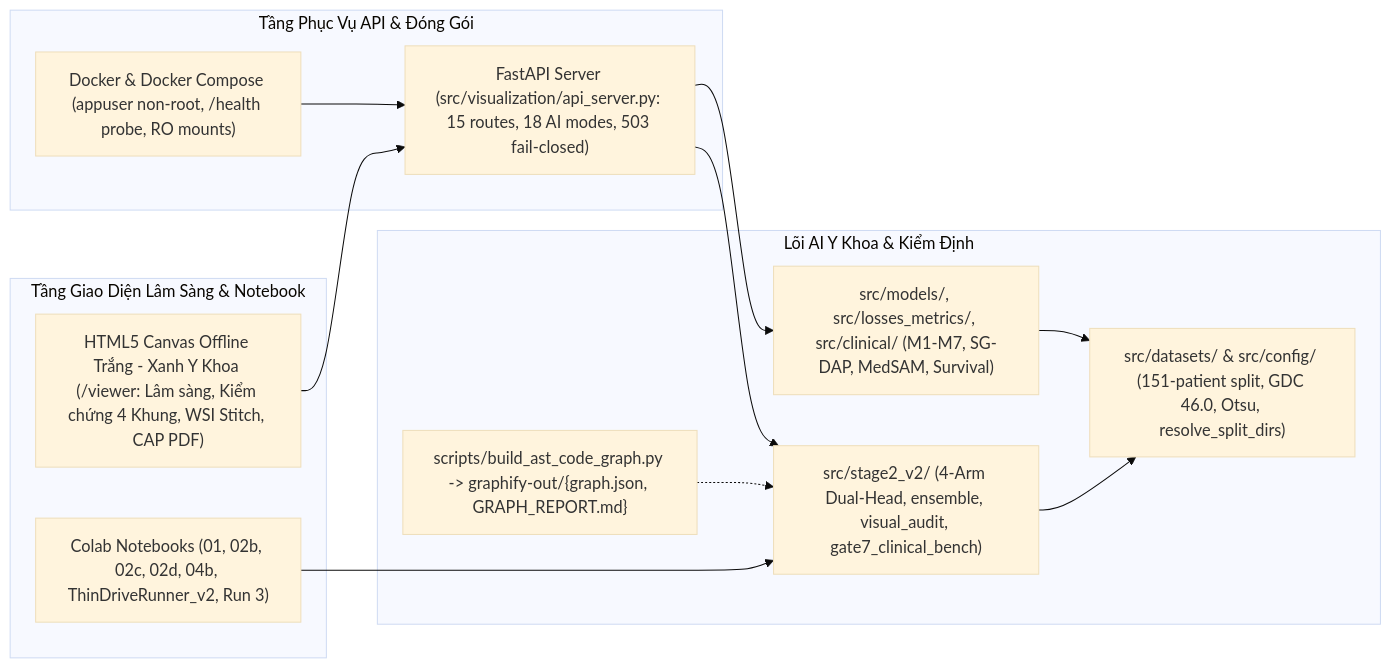
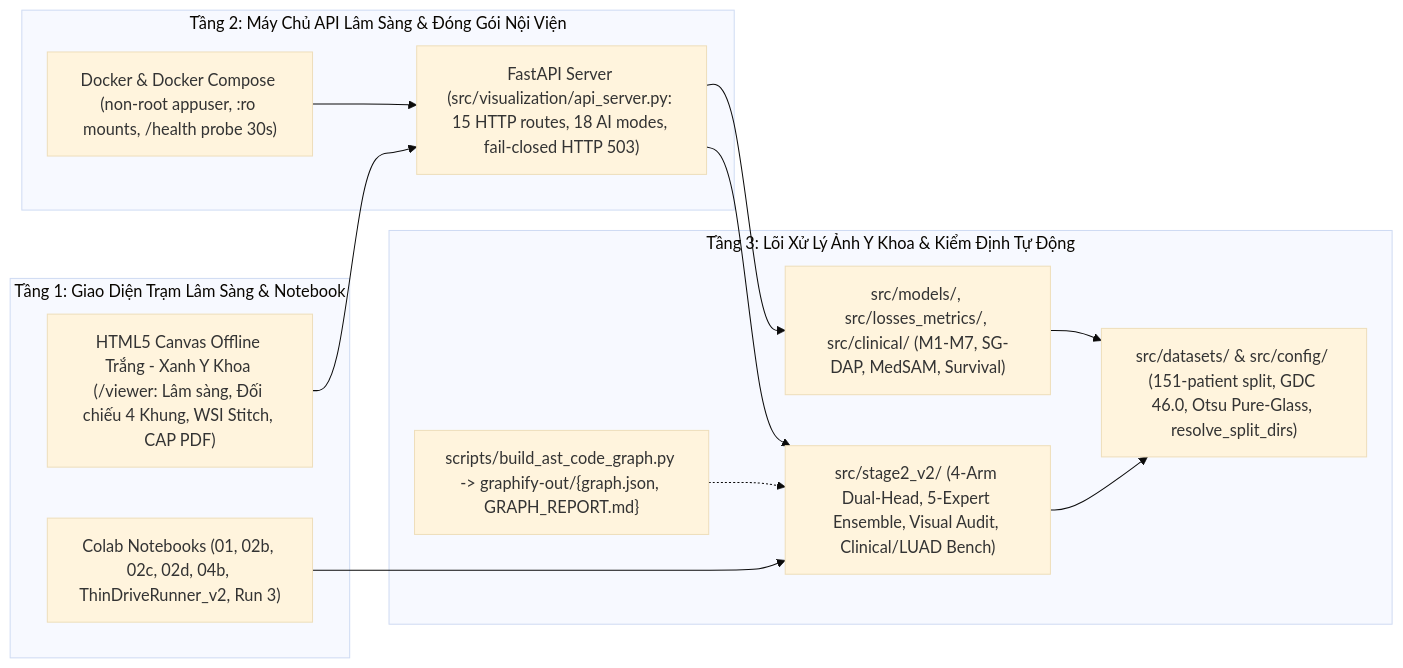
Before and after one commit to khoinguyen59/medical-wsss: the diagram in README.md, drawn with Mermaid (base theme). The commit also changed other lines of this file, not shown here.

Commit message:
docs(readme): lead with daily clinical pathology workflow and offline workstation software architecture

````diff
--- a/README.md
+++ b/README.md
@@ -161,28 +70,28 @@
 ```mermaid
 flowchart LR
-    subgraph Client ["Tầng Giao Diện Lâm Sàng & Notebook"]
-        UI["HTML5 Canvas Offline Trắng - Xanh Y Khoa (/viewer: Lâm sàng, Kiểm chứng 4 Khung, WSI Stitch, CAP PDF)"]
+    subgraph Client ["Tầng 1: Giao Diện Trạm Lâm Sàng & Notebook"]
+        UI["HTML5 Canvas Offline Trắng - Xanh Y Khoa (/viewer: Lâm sàng, Đối chiếu 4 Khung, WSI Stitch, CAP PDF)"]
         NB["Colab Notebooks (01, 02b, 02c, 02d, 04b, ThinDriveRunner_v2, Run 3)"]
     end
 
-    subgraph Serving ["Tầng Phục Vụ API & Đóng Gói"]
-        FAST["FastAPI Server (src/visualization/api_server.py: 15 routes, 18 AI modes, 503 fail-closed)"]
-        DOCK["Docker & Docker Compose (appuser non-root, /health probe, RO mounts)"]
+    subgraph Serving ["Tầng 2: Máy Chủ API Lâm Sàng & Đóng Gói Nội Viện"]
+        FAST["FastAPI Server (src/visualization/api_server.py: 15 HTTP routes, 18 AI modes, fail-closed HTTP 503)"]
+        DOCK["Docker & Docker Compose (non-root appuser, :ro mounts, /health probe 30s)"]
     end
 
-    subgraph Core ["Lõi AI Y Khoa & Kiểm Định"]
-        DATA["src/datasets/ & src/config/ (151-patient split, GDC 46.0, Otsu, resolve_split_dirs)"]
-        G7["src/stage2_v2/ (4-Arm Dual-Head, ensemble, visual_audit, gate7_clinical_bench)"]
+    subgraph Core ["Tầng 3: Lõi Xử Lý Ảnh Y Khoa & Kiểm Định Tự Động"]
+        DATA["src/datasets/ & src/config/ (151-patient split, GDC 46.0, Otsu Pure-Glass, resolve_split_dirs)"]
+        G7["src/stage2_v2/ (4-Arm Dual-Head, 5-Expert Ensemble, Visual Audit, Clinical/LUAD Bench)"]
         BASE["src/models/, src/losses_metrics/, src/clinical/ (M1-M7, SG-DAP, MedSAM, Survival)"]
         AST["scripts/build_ast_code_graph.py -> graphify-out/{graph.json, GRAPH_REPORT.md}"]
     end
 
     UI --> FAST
     DOCK --> FAST
     NB --> G7
     FAST --> G7
     FAST --> BASE
     G7 --> DATA
     BASE --> DATA
     AST -.-> G7
 ```
````
